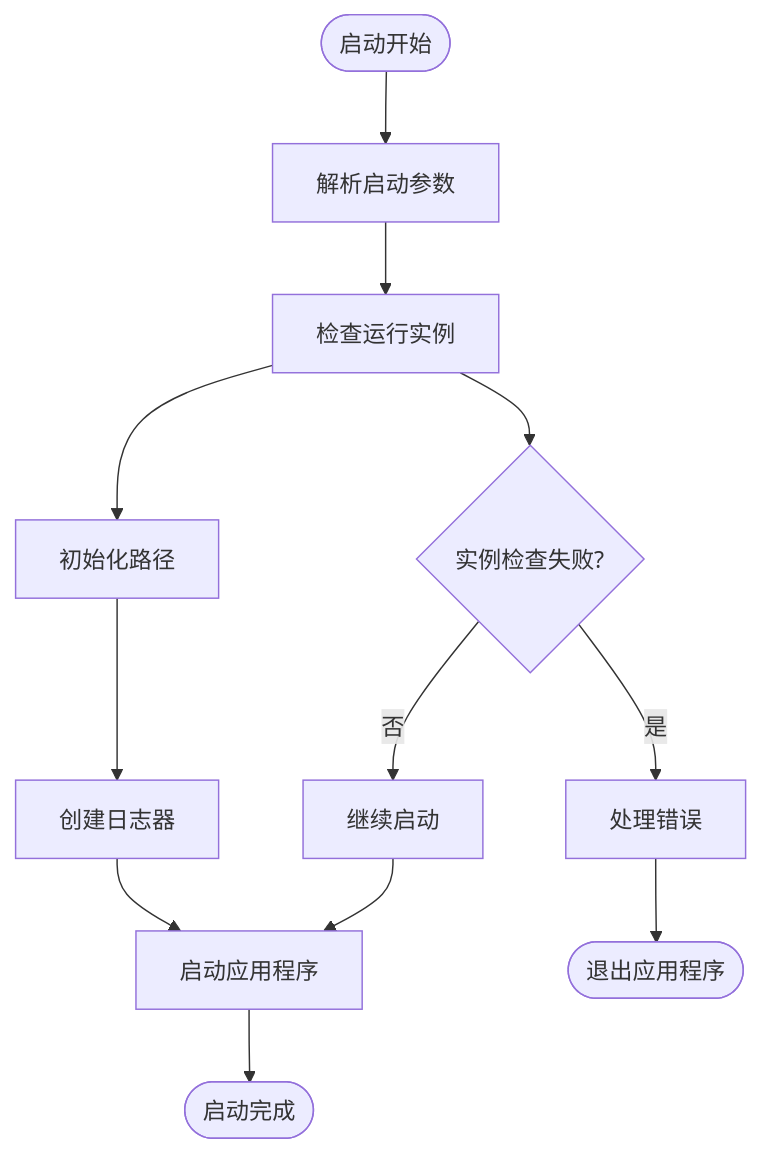
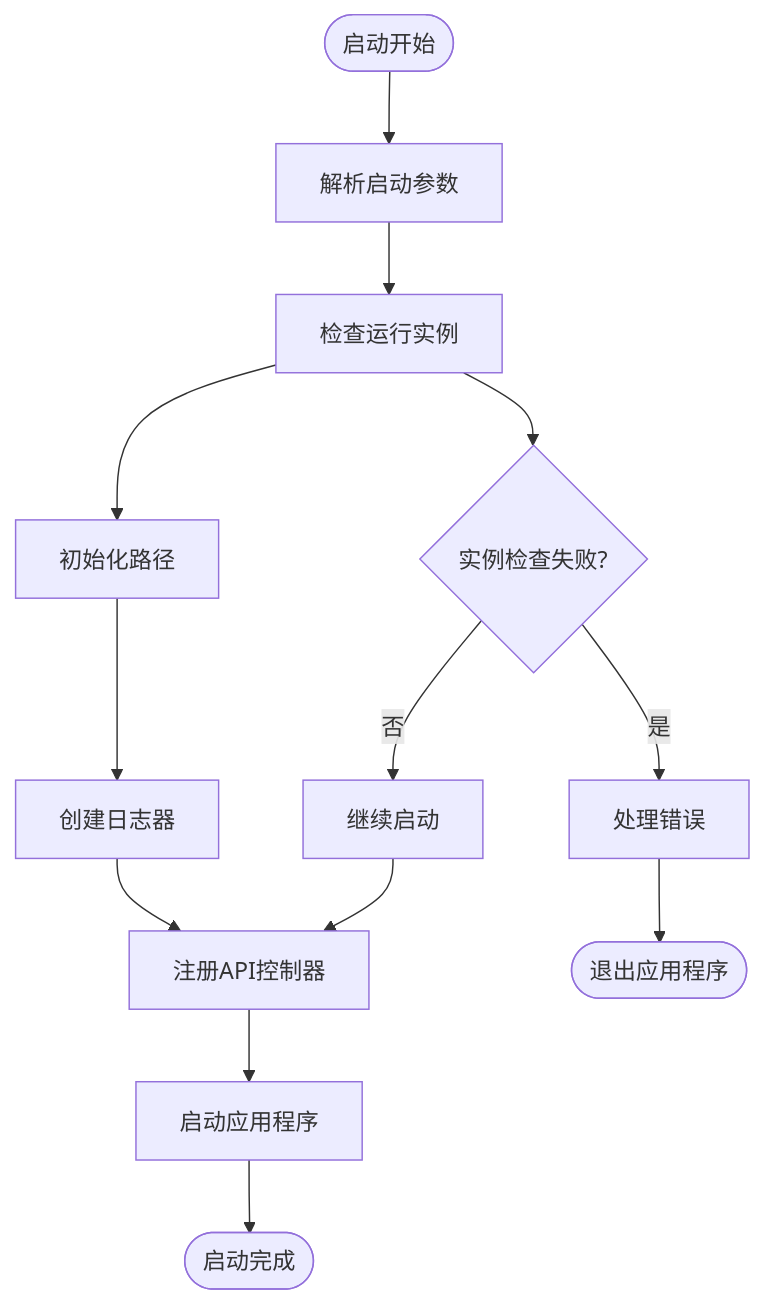
The ninth of 9 diagrams in .qoder/repowiki/zh/content/配置管理系统/启动配置管理.md (tea4go/Macro-Deck), drawn with Mermaid before and after one commit. The commit also changed other lines of this file and 5 other files, not shown here.

````diff
--- a/.qoder/repowiki/zh/content/配置管理系统/启动配置管理.md
+++ b/.qoder/repowiki/zh/content/配置管理系统/启动配置管理.md
@@ -396,14 +470,15 @@
 ```mermaid
 flowchart TD
 Start([启动开始]) --> ParseArgs["解析启动参数"]
 ParseArgs --> CheckInstance["检查运行实例"]
 CheckInstance --> InitPaths["初始化路径"]
 InitPaths --> CreateLogger["创建日志器"]
-CreateLogger --> StartApp["启动应用程序"]
+CreateLogger --> RegisterApi["注册API控制器"]
+RegisterApi --> StartApp["启动应用程序"]
 CheckInstance --> InstanceError{"实例检查失败?"}
 InstanceError --> |是| HandleError["处理错误"]
 InstanceError --> |否| Continue["继续启动"]
 HandleError --> Exit(["退出应用程序"])
-Continue --> StartApp
+Continue --> RegisterApi
 StartApp --> End(["启动完成"])
 ```
````
